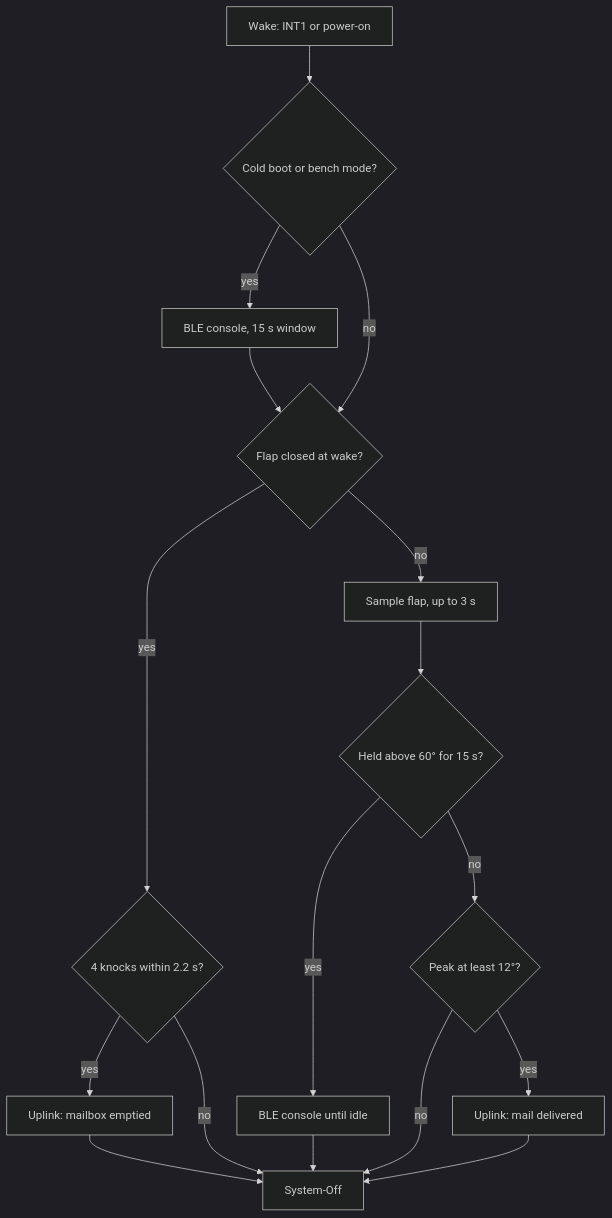
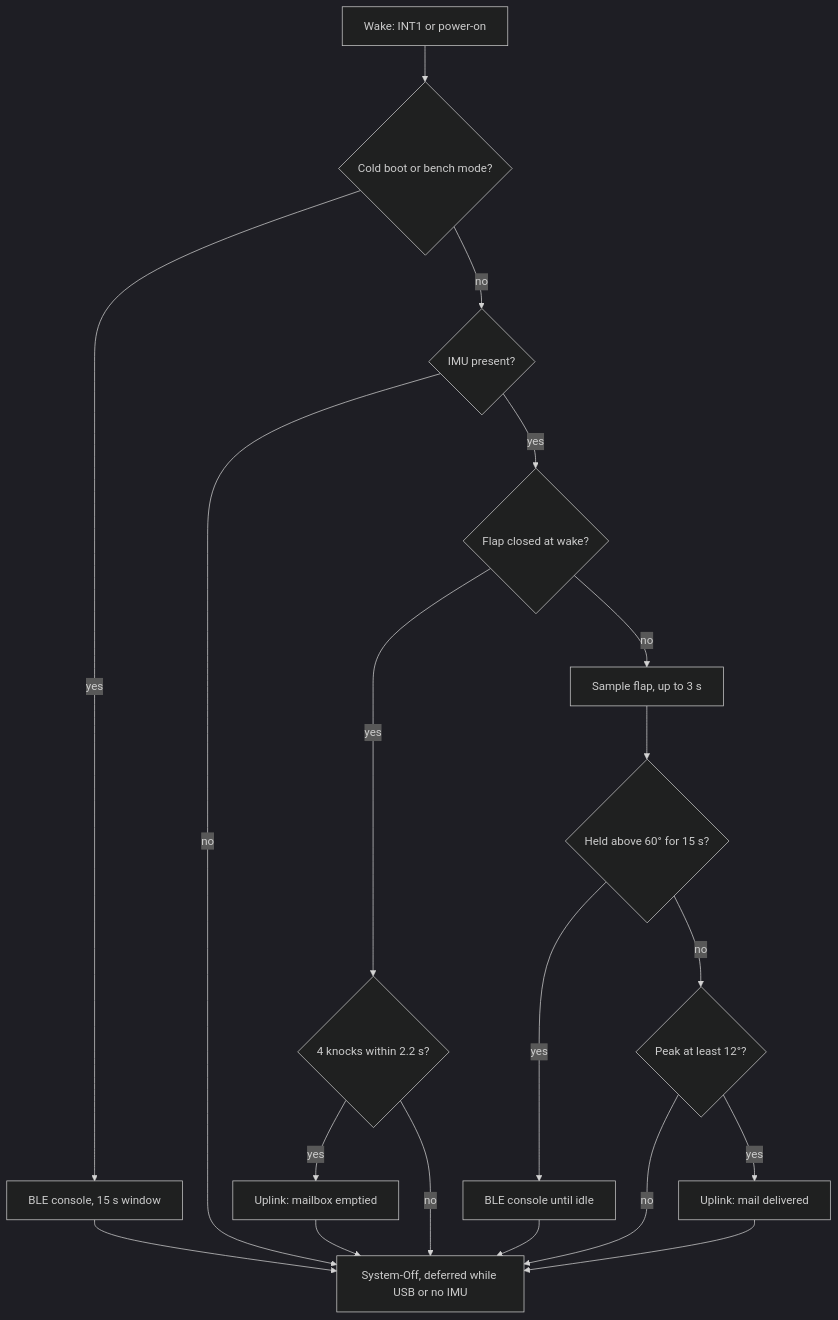
One commit to veronoicc/mailbox-tilt-sensor changed the diagram in README.md. Above: the diagram before and after it, drawn with Mermaid (dark theme). The commit also changed other lines of this file and 2 other files, not shown here.

Commit message:
docs: move diagrams to docs/*.svg with dark-mode support, fix wake-flow edges

````diff
--- a/README.md
+++ b/README.md
@@ -11,17 +11,19 @@
 ```mermaid
 flowchart TD
   W[Wake: INT1 or power-on] --> B{Cold boot or bench mode?}
   B -- yes --> BLE1[BLE console, 15 s window]
-  B -- no --> K
-  BLE1 --> K{Flap closed at wake?}
+  BLE1 --> S
+  B -- no --> I{IMU present?}
+  I -- no --> S
+  I -- yes --> K{Flap closed at wake?}
   K -- yes --> KN{4 knocks within 2.2 s?}
   KN -- yes --> E[Uplink: mailbox emptied]
   KN -- no --> S
   K -- no --> F[Sample flap, up to 3 s]
   F --> H{Held above 60° for 15 s?}
   H -- yes --> BLE2[BLE console until idle] --> S
   H -- no --> P{Peak at least 12°?}
   P -- no --> S
   P -- yes --> D[Uplink: mail delivered] --> S
-  E --> S[System-Off]
+  E --> S[System-Off, deferred while USB or no IMU]
 ```
````
